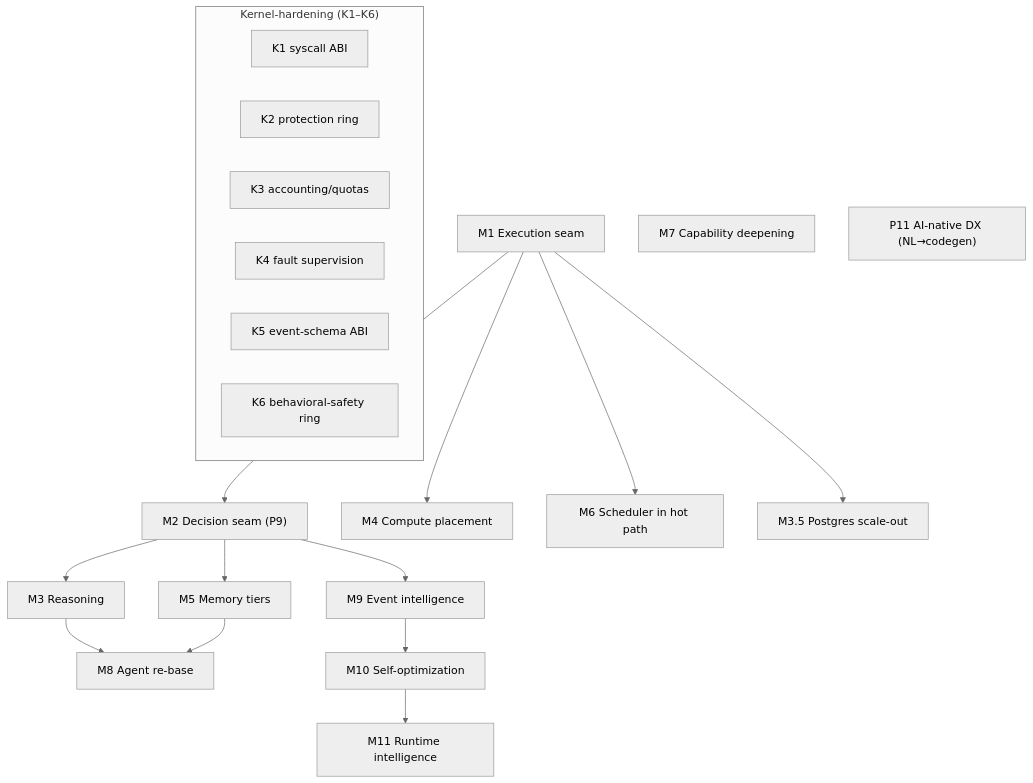
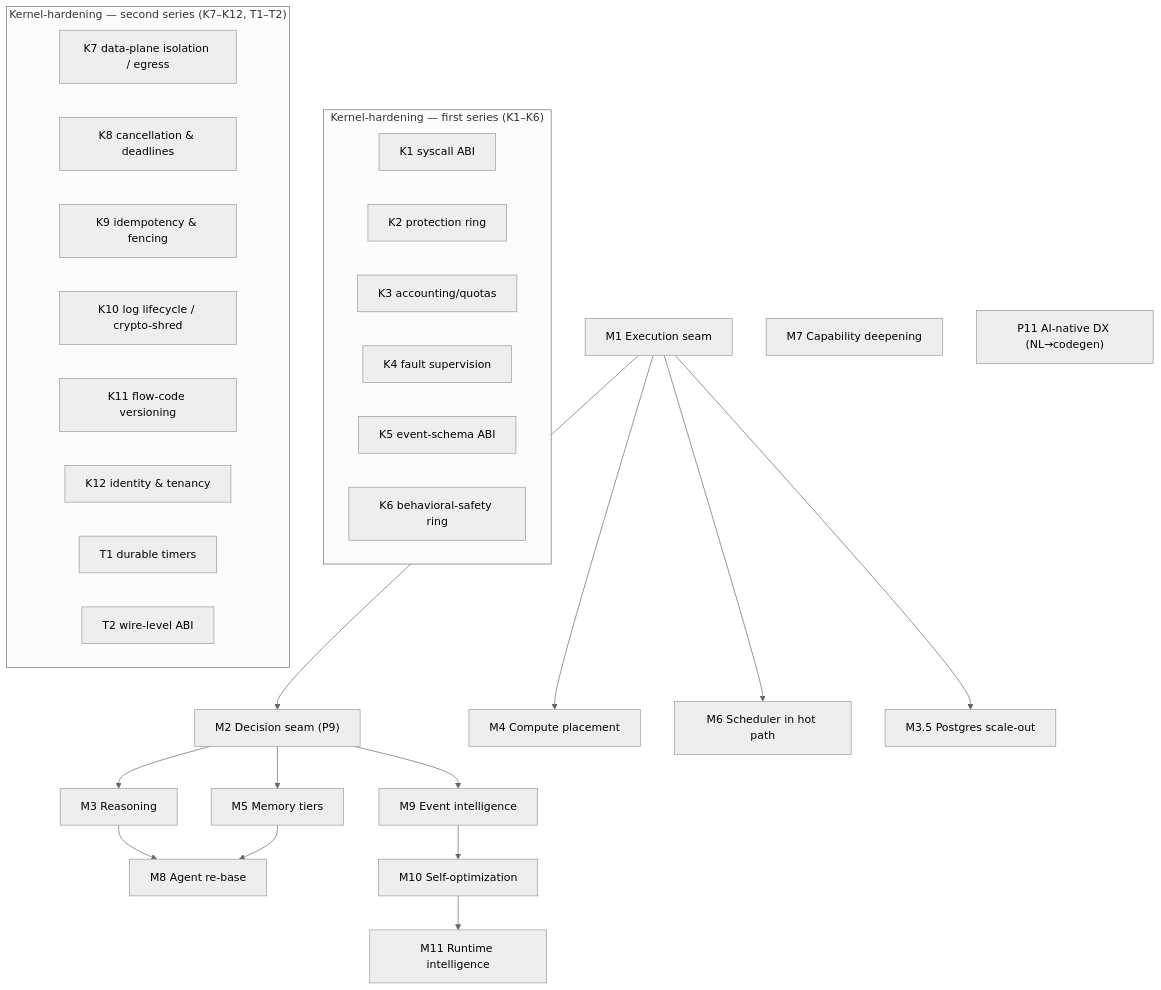
Before and after one commit to chhetrisushil/loom: the fourth of 5 diagrams in docs/loom-2.0/00-overview.md, drawn with Mermaid (neutral theme). The commit also changed other lines of this file and 11 other files, not shown here.

First line of the commit message:
docs: sync docs, decks & diagrams with K7–K12/T1–T2, #63 perf, #64 pre-warm

````diff
--- a/docs/loom-2.0/00-overview.md
+++ b/docs/loom-2.0/00-overview.md
@@ -134,24 +134,34 @@
 ```mermaid
 flowchart TB
   M1["M1 Execution seam"] --> M2["M2 Decision seam (P9)"]
   M2 --> M3["M3 Reasoning"]
   M2 --> M5["M5 Memory tiers"]
   M1 --> M4["M4 Compute placement"]
   M1 --> M6["M6 Scheduler in hot path"]
   M1 --> M35["M3.5 Postgres scale-out"]
   M3 --> M8["M8 Agent re-base"]
   M5 --> M8
   M2 --> M9["M9 Event intelligence"]
   M9 --> M10["M10 Self-optimization"]
   M10 --> M11["M11 Runtime intelligence"]
   M7["M7 Capability deepening"]
   DX["P11 AI-native DX (NL→codegen)"]
-  subgraph K["Kernel-hardening (K1–K6)"]
+  subgraph K["Kernel-hardening — first series (K1–K6)"]
     K1["K1 syscall ABI"]
     K2["K2 protection ring"]
     K3["K3 accounting/quotas"]
     K4["K4 fault supervision"]
     K5["K5 event-schema ABI"]
     K6["K6 behavioral-safety ring"]
   end
+  subgraph K2S["Kernel-hardening — second series (K7–K12, T1–T2)"]
+    K7["K7 data-plane isolation / egress"]
+    K8["K8 cancellation & deadlines"]
+    K9["K9 idempotency & fencing"]
+    K10["K10 log lifecycle / crypto-shred"]
+    K11["K11 flow-code versioning"]
+    K12["K12 identity & tenancy"]
+    T1["T1 durable timers"]
+    T2["T2 wire-level ABI"]
+  end
 ```
````
